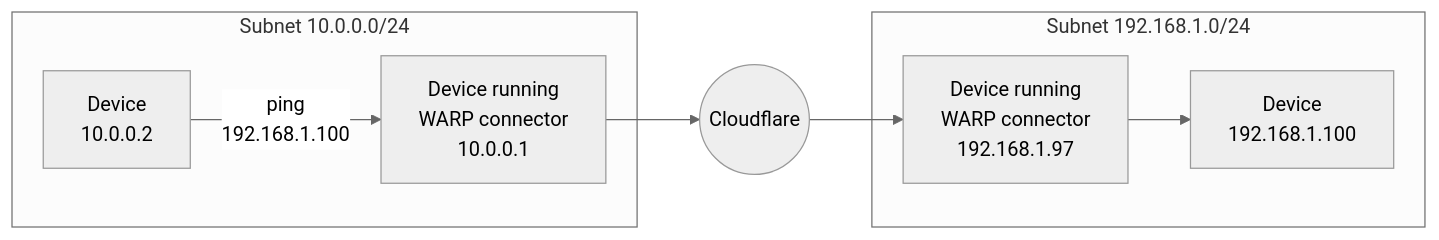
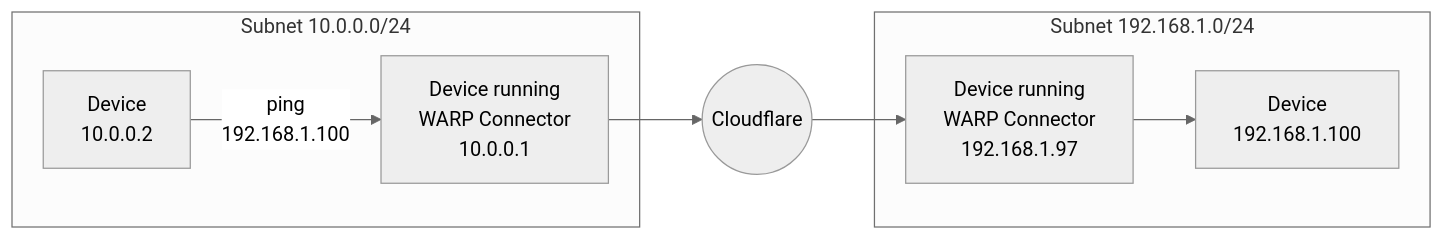
The third of 3 diagrams in content/cloudflare-one/connections/connect-networks/private-net/warp-connector.md (rdhanarot/cloudflare-docs), drawn with Mermaid (neutral theme) before and after one commit. The commit also changed other lines of this file and 8 other files, not shown here.

Commit message:
capitalize WARP Connector (#13360)

````diff
--- a/content/cloudflare-one/connections/connect-networks/private-net/warp-connector.md
+++ b/content/cloudflare-one/connections/connect-networks/private-net/warp-connector.md
@@ -369,17 +369,17 @@
 ```mermaid
     flowchart LR
       subgraph subnet1[Subnet 10.0.0.0/24]
         device1["Device
         10.0.0.2"]--"ping
         192.168.1.100"-->router1["Device running
-        WARP connector
+        WARP Connector
         10.0.0.1"]
       end
       subgraph subnet2[Subnet 192.168.1.0/24]
         router2["Device running
-        WARP connector
+        WARP Connector
         192.168.1.97"]-->device2["Device
         192.168.1.100"]
       end
       router1-->C((Cloudflare))-->router2
 ```
````
